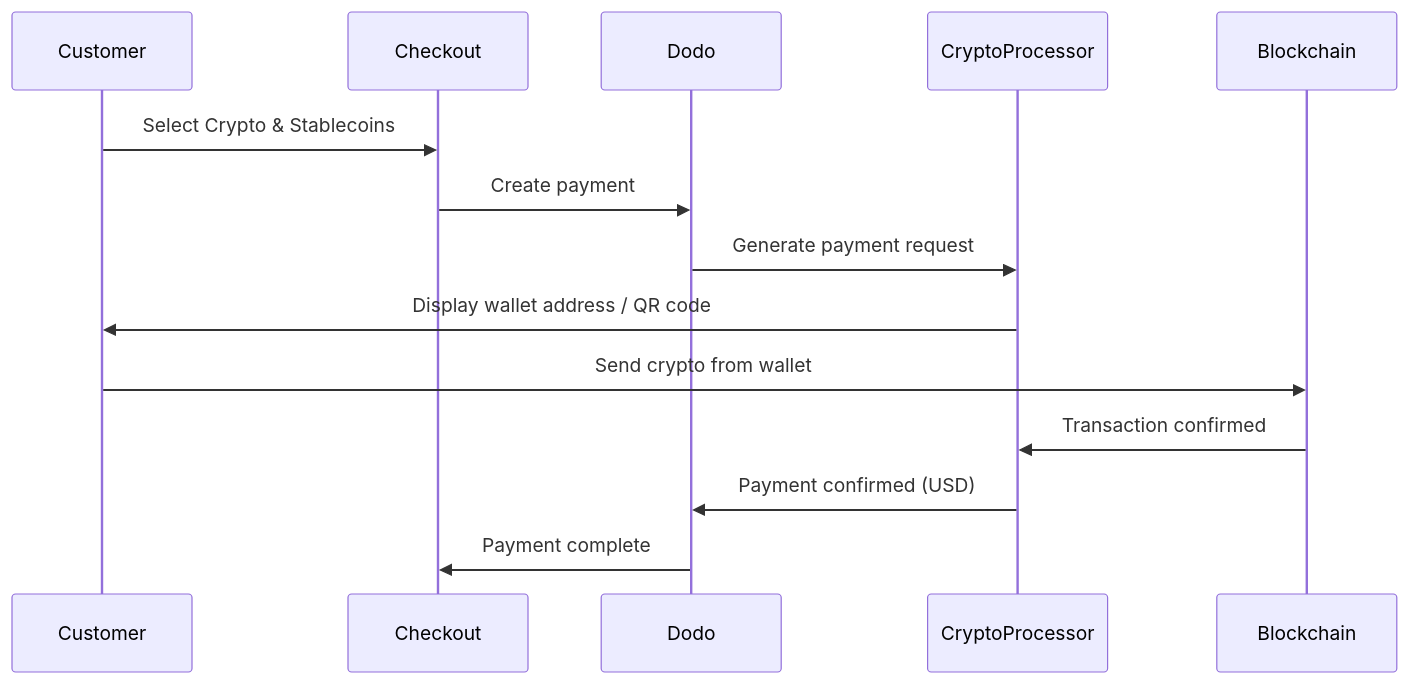
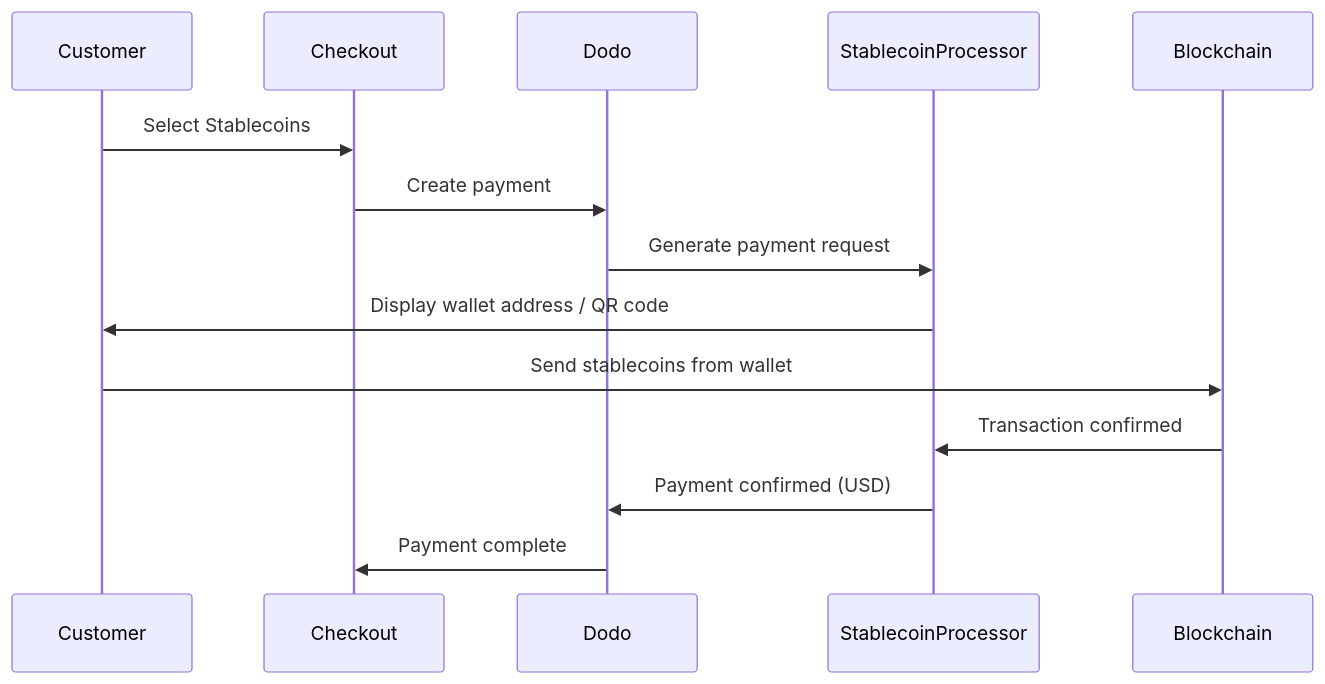
Before and after one commit to dodopayments/dodo-docs: the diagram in features/payment-methods/crypto.mdx, drawn with Mermaid. The commit also changed other lines of this file and 1 other file, not shown here.

First line of the commit message:
docs: rename Crypto & Stablecoins to Stablecoins

````diff
--- a/features/payment-methods/crypto.mdx
+++ b/features/payment-methods/crypto.mdx
@@ -39,17 +39,17 @@
 ```mermaid
 sequenceDiagram
     participant Customer
     participant Checkout
     participant Dodo
-    participant CryptoProcessor
+    participant StablecoinProcessor
     participant Blockchain
 
-    Customer->>Checkout: Select Crypto & Stablecoins
+    Customer->>Checkout: Select Stablecoins
     Checkout->>Dodo: Create payment
-    Dodo->>CryptoProcessor: Generate payment request
-    CryptoProcessor->>Customer: Display wallet address / QR code
-    Customer->>Blockchain: Send crypto from wallet
-    Blockchain->>CryptoProcessor: Transaction confirmed
-    CryptoProcessor->>Dodo: Payment confirmed (USD)
+    Dodo->>StablecoinProcessor: Generate payment request
+    StablecoinProcessor->>Customer: Display wallet address / QR code
+    Customer->>Blockchain: Send stablecoins from wallet
+    Blockchain->>StablecoinProcessor: Transaction confirmed
+    StablecoinProcessor->>Dodo: Payment confirmed (USD)
     Dodo->>Checkout: Payment complete
 ```
````
